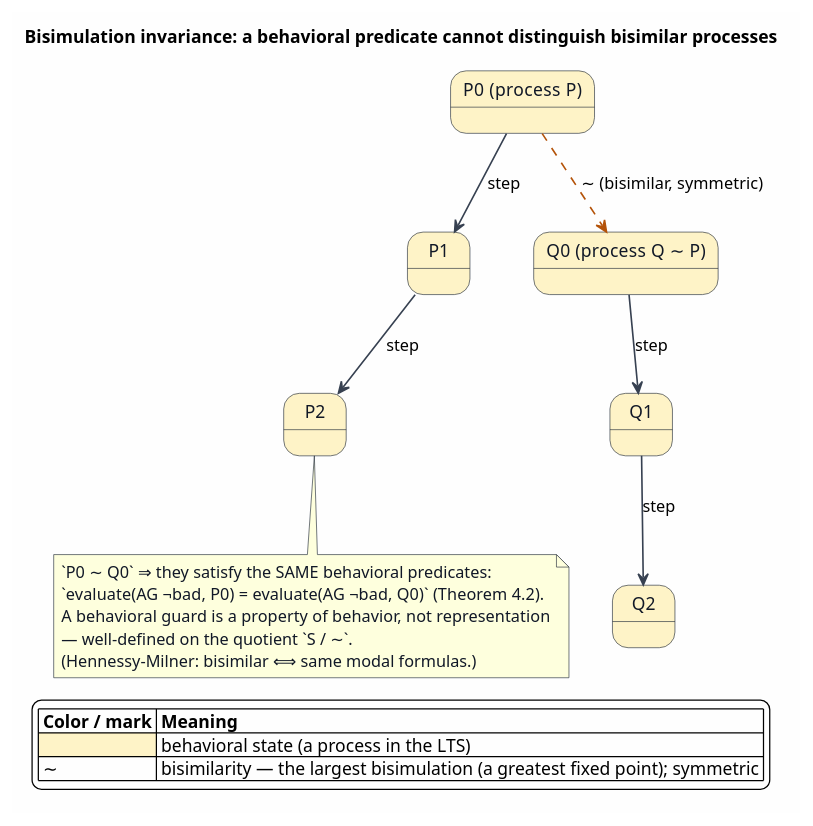
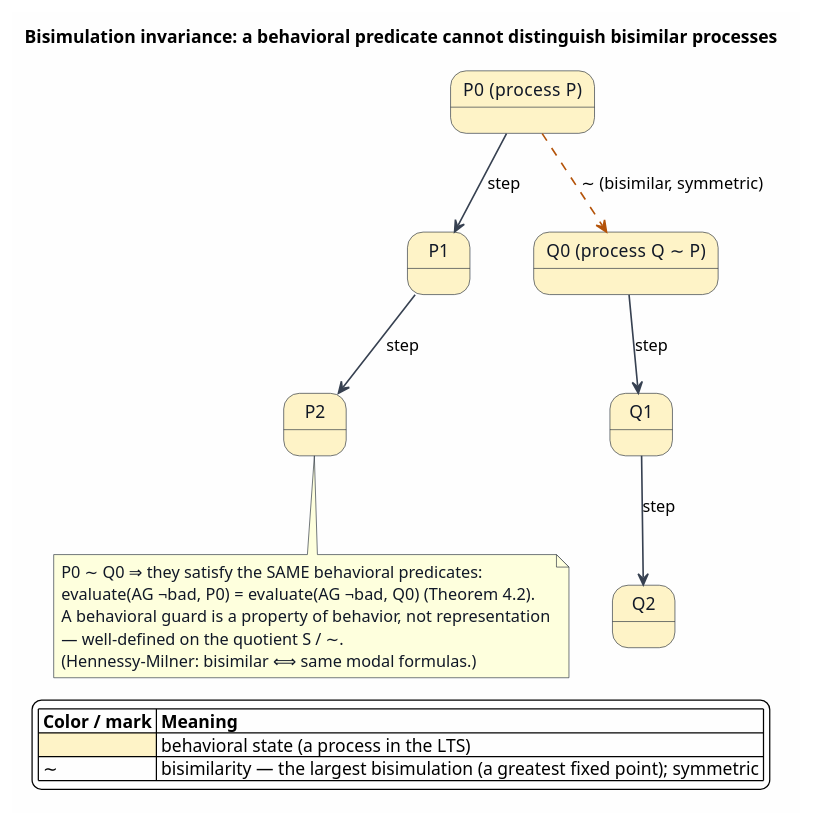
Before and after one commit to F1R3FLY-io/mettail-rust: the diagram in docs/architecture/semantic-predicates/figures/12-bisimulation-invariance.puml, drawn with PlantUML. The commit also changed 51 other files, not shown here.

```diff
--- a/docs/architecture/semantic-predicates/figures/12-bisimulation-invariance.puml
+++ b/docs/architecture/semantic-predicates/figures/12-bisimulation-invariance.puml
@@ -1,54 +1,54 @@
 @startuml
 skinparam backgroundColor #FEFEFE
 skinparam shadowing false
 skinparam ArrowColor #374151
 skinparam ArrowThickness 1.3
 skinparam state {
   BorderColor #1F2937
   FontColor #111827
 }
 skinparam note {
   BorderColor #1F2937
   FontColor #111827
 }
 
 title Bisimulation invariance: a behavioral predicate cannot distinguish bisimilar processes
 
 ' ── Two bisimilar LTS side by side: process P (left) and its bisimilar copy
-' Q (right) — e.g. two copies of `a.b`. States colored amber = behavioral.
+' Q (right) — e.g. two copies of a.b. States colored amber = behavioral.
 ' NOTE on structure: a PlantUML STATE diagram admits only DIRECTED edges
-' (`->`), so the symmetric bisimilarity relation `∼` is drawn as a single
+' (->), so the symmetric bisimilarity relation ∼ is drawn as a single
 ' dashed amber arrow and labelled as the symmetric relation it denotes
 ' (the largest bisimulation); the spanning note hangs off a state (the
-' state engine rejects free `note .. state` links and non-directional edges).
+' state engine rejects free note .. state links and non-directional edges).
 state "P0  (process P)" as P0 #FEF3C7
 state "P1" as P1 #FEF3C7
 state "P2" as P2 #FEF3C7
 
 state "Q0  (process Q ∼ P)" as Q0 #FEF3C7
 state "Q1" as Q1 #FEF3C7
 state "Q2" as Q2 #FEF3C7
 
-' the two LTS, each a `step`-chain running downward
+' the two LTS, each a step-chain running downward
 P0 -down-> P1 : step
 P1 -down-> P2 : step
 Q0 -down-> Q1 : step
 Q1 -down-> Q2 : step
 
 ' the bisimilarity witness between the two roots (dashed amber; ∼ is symmetric)
 P0 -[#B45309,dashed]-> Q0 : ∼ (bisimilar, symmetric)
 
 note bottom of P2
-  `P0 ∼ Q0` ⇒ they satisfy the SAME behavioral predicates:
-  `evaluate(AG ¬bad, P0) = evaluate(AG ¬bad, Q0)`  (Theorem 4.2).
+  P0 ∼ Q0 ⇒ they satisfy the SAME behavioral predicates:
+  evaluate(AG ¬bad, P0) = evaluate(AG ¬bad, Q0)  (Theorem 4.2).
   A behavioral guard is a property of behavior, not representation
-  — well-defined on the quotient `S / ∼`.
+  — well-defined on the quotient S / ∼.
   (Hennessy–Milner: bisimilar ⟺ same modal formulas.)
 end note
 
 legend right
 |= Color / mark |= Meaning |
 |<#FEF3C7> | behavioral state (a process in the LTS) |
 | ∼ | bisimilarity — the largest bisimulation (a greatest fixed point); symmetric |
 endlegend
 @enduml
```
